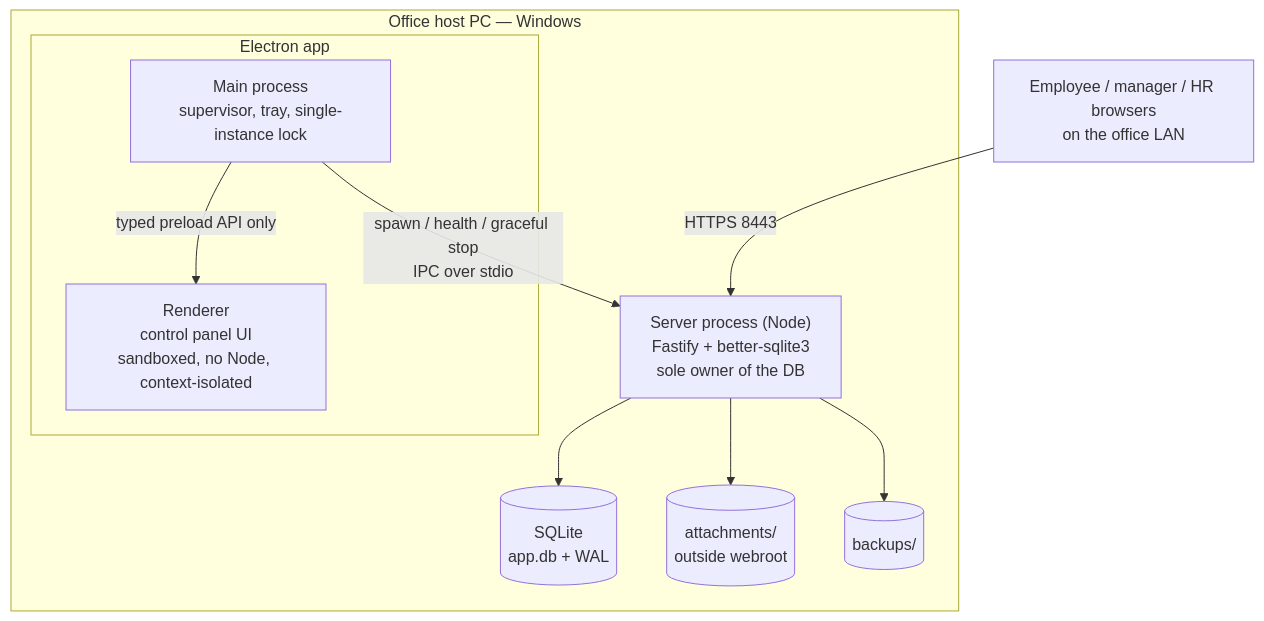
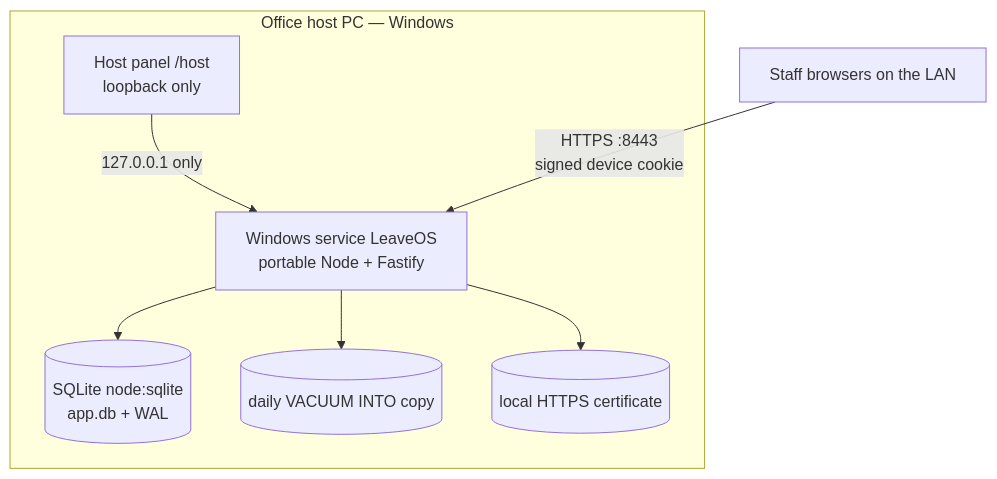
One commit to SHADOW-465/SnS-leave-management changed the first of 2 diagrams in docs/ARCHITECTURE.md. Above: the diagram before and after it, drawn with Mermaid. The commit also changed other lines of this file and 4 other files, not shown here.

First line of the commit message:
docs: describe the office install in the architecture

````diff
--- a/docs/ARCHITECTURE.md
+++ b/docs/ARCHITECTURE.md
@@ -12,19 +16,15 @@
 ```mermaid
 flowchart TB
   subgraph host["Office host PC — Windows"]
-    subgraph electron["Electron app"]
-      main["Main process<br/>supervisor, tray, single-instance lock"]
-      rend["Renderer<br/>control panel UI<br/>sandboxed, no Node, context-isolated"]
-      main -- "typed preload API only" --> rend
-    end
-    srv["Server process (Node)<br/>Fastify + better-sqlite3<br/>sole owner of the DB"]
-    db[("SQLite<br/>app.db + WAL")]
-    files[("attachments/<br/>outside webroot")]
-    bak[("backups/")]
-    main -- "spawn / health / graceful stop<br/>IPC over stdio" --> srv
-    srv --> db
-    srv --> files
-    srv --> bak
+    svc["Windows service LeaveOS<br/>portable Node + Fastify"]
+    panel["Host panel /host<br/>loopback only"]
+    db[("SQLite node:sqlite<br/>app.db + WAL")]
+    bak[("daily VACUUM INTO copy")]
+    cert[("local HTTPS certificate")]
+    svc --> db
+    svc --> bak
+    svc --> cert
+    panel -- "127.0.0.1 only" --> svc
   end
-  emp["Employee / manager / HR browsers<br/>on the office LAN"] -- "HTTPS 8443" --> srv
+  emp["Staff browsers on the LAN"] -- "HTTPS :8443<br/>signed device cookie" --> svc
 ```
````
